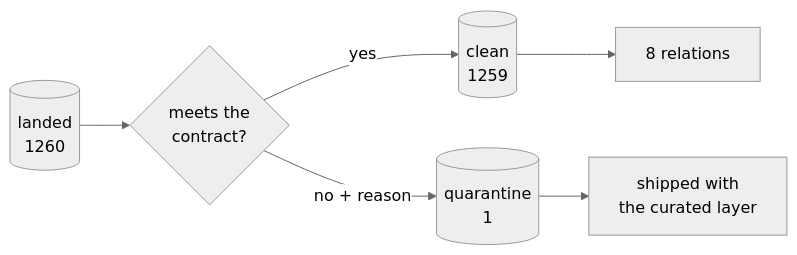
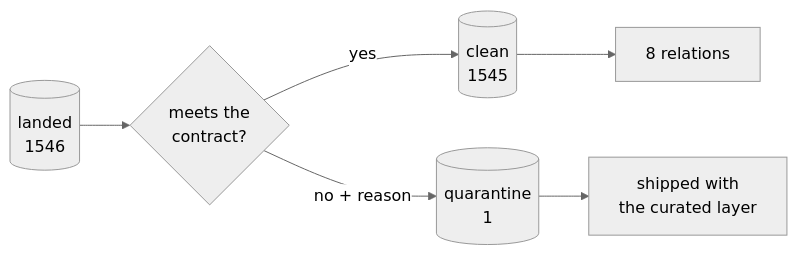
The third of 4 diagrams in docs/architecture.md (MrBisonte/flightdeck), drawn with Mermaid (neutral theme) before and after one commit. The commit also changed other lines of this file and 5 other files, not shown here.

````diff
--- a/docs/architecture.md
+++ b/docs/architecture.md
@@ -191,8 +205,8 @@
 ```mermaid
 flowchart LR
-  landed[("landed<br/>1260")] --> check{"meets the<br/>contract?"}
-  check -->|yes| clean[("clean<br/>1259")]
+  landed[("landed<br/>1546")] --> check{"meets the<br/>contract?"}
+  check -->|yes| clean[("clean<br/>1545")]
   check -->|"no + reason"| quar[("quarantine<br/>1")]
   clean --> out["8 relations"]
   quar --> out2["shipped with<br/>the curated layer"]
 ```
````
